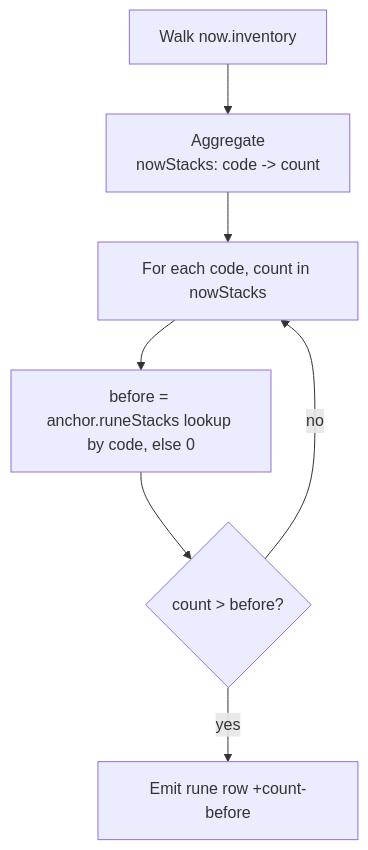
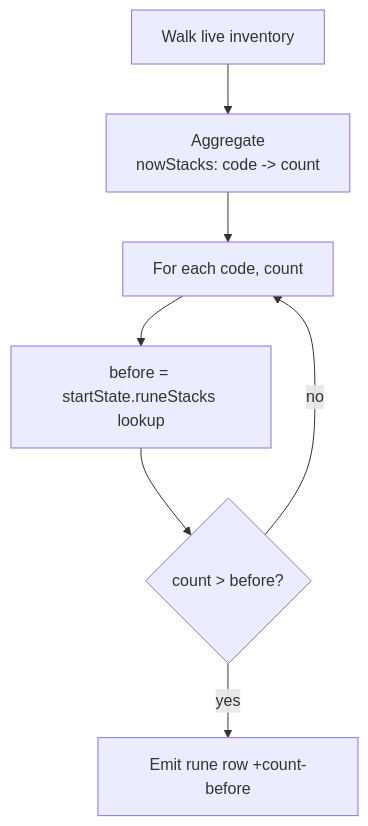
One commit to kaimeyerdev/d2rsave changed the sixth of 6 diagrams in docs/session-logic.md. Above: the diagram before and after it, drawn with Mermaid. The commit also changed other lines of this file, not shown here.

First line of the commit message:
docs: rewrite session-logic.md around the [start, end] window model

````diff
--- a/docs/session-logic.md
+++ b/docs/session-logic.md
@@ -220,9 +178,9 @@
 ```mermaid
 flowchart TD
-    A[Walk now.inventory] --> B[Aggregate<br/>nowStacks: code -&gt; count]
-    B --> C[For each code, count in nowStacks]
-    C --> D[before = anchor.runeStacks lookup by code, else 0]
+    A[Walk live inventory] --> B[Aggregate<br/>nowStacks: code -&gt; count]
+    B --> C[For each code, count]
+    C --> D[before = startState.runeStacks lookup]
     D --> E{count &gt; before?}
     E -->|no| C
     E -->|yes| F[Emit rune row +count-before]
 ```
````
